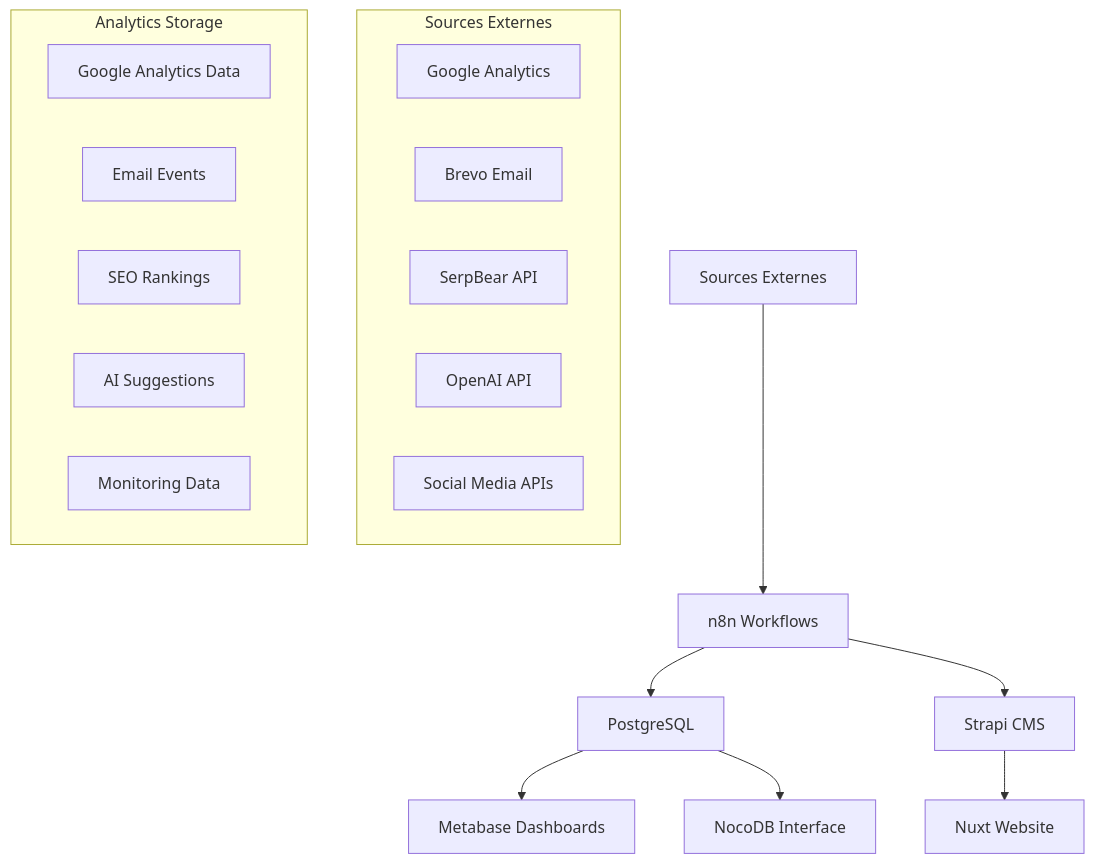
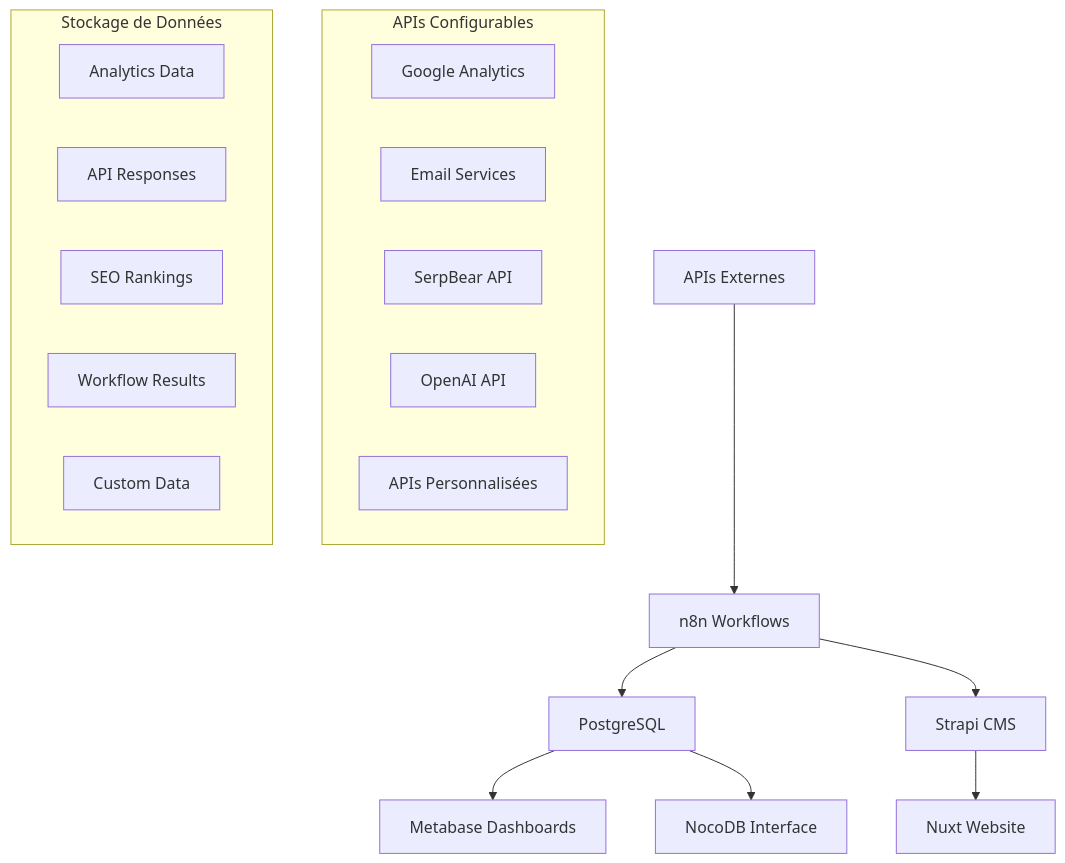
Before and after one commit to sturmel/strapi-automation-starter: the third of 4 diagrams in README.md, drawn with Mermaid. The commit also changed other lines of this file and 3 other files, not shown here.

````diff
--- a/README.md
+++ b/README.md
@@ -575,25 +462,25 @@
 ```mermaid
 graph TD
-    A[Sources Externes] --> B[n8n Workflows]
+    A[APIs Externes] --> B[n8n Workflows]
     B --> C[PostgreSQL]
     C --> D[Metabase Dashboards]
     C --> E[NocoDB Interface]
     B --> F[Strapi CMS]
     F --> G[Nuxt Website]
     
-    subgraph "Sources Externes"
+    subgraph "APIs Configurables"
         A1[Google Analytics]
-        A2[Brevo Email]
+        A2[Email Services]
         A3[SerpBear API]
         A4[OpenAI API]
-        A5[Social Media APIs]
+        A5[APIs Personnalisées]
     end
     
-    subgraph "Analytics Storage"
-        C1[Google Analytics Data]
-        C2[Email Events]
+    subgraph "Stockage de Données"
+        C1[Analytics Data]
+        C2[API Responses]
         C3[SEO Rankings]
-        C4[AI Suggestions]
-        C5[Monitoring Data]
+        C4[Workflow Results]
+        C5[Custom Data]
     end
 ```
````
